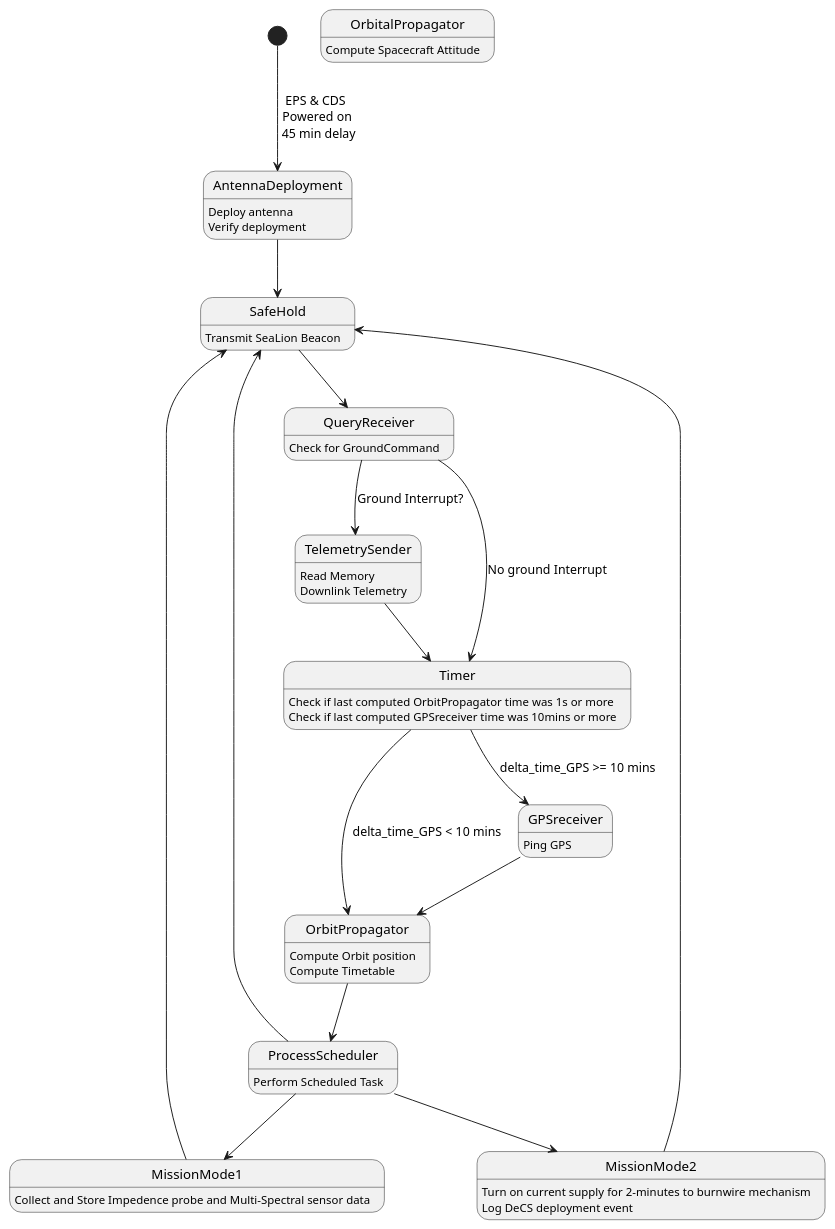
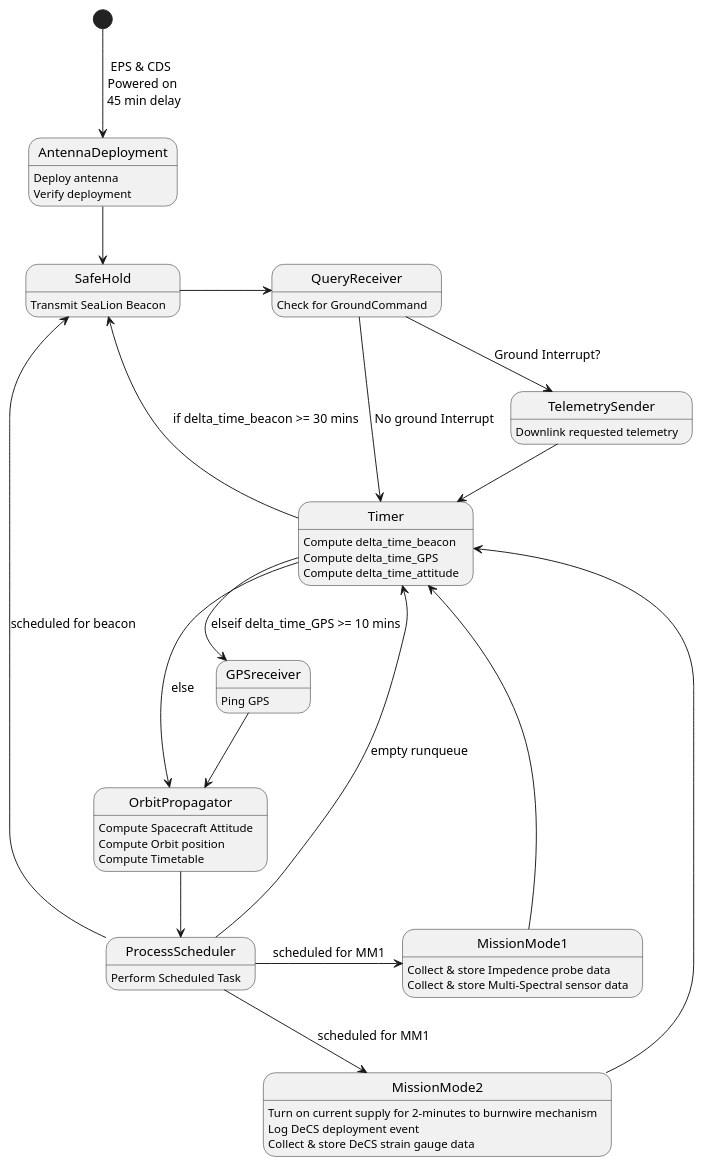
The diagram in fsw-architecture/operating-mode-as-fsm.puml (ODU-CGA-CubeSat/FSW), drawn with PlantUML before and after one commit.

Commit message:
update description & state changes
- redirect MM1 & MM2 to Timer
- update state description in Timer, MM1, MM2, & OrbitPropagator
- add redirect from ProcessSceduler to Timer for empty runqueue
- adjust arrow direction as to minimize edges from crossing

```diff
--- a/fsw-architecture/operating-mode-as-fsm.puml
+++ b/fsw-architecture/operating-mode-as-fsm.puml
@@ -1,45 +1,49 @@
 @startuml
 
 state AntennaDeployment
       AntennaDeployment : Deploy antenna
       AntennaDeployment : Verify deployment
 state SafeHold
       SafeHold : Transmit SeaLion Beacon
 state QueryReceiver
       QueryReceiver : Check for GroundCommand
 state TelemetrySender
-      TelemetrySender : Read Memory
-      TelemetrySender : Downlink Telemetry
+      TelemetrySender : Downlink requested telemetry
 state Timer
-      Timer : Check if last computed OrbitPropagator time was 1s or more
-      Timer : Check if last computed GPSreceiver time was 10mins or more
+      Timer : Compute delta_time_beacon
+      Timer : Compute delta_time_GPS
+      Timer : Compute delta_time_attitude
 state MissionMode1
-      MissionMode1 : Collect and Store Impedence probe and Multi-Spectral sensor data
+      MissionMode1 : Collect & store Impedence probe data
+      MissionMode1 : Collect & store Multi-Spectral sensor data
 state MissionMode2
       MissionMode2 : Turn on current supply for 2-minutes to burnwire mechanism
       MissionMode2 : Log DeCS deployment event
+      MissionMode2 : Collect & store DeCS strain gauge data
 state ProcessScheduler
       ProcessScheduler : Perform Scheduled Task
 state OrbitPropagator
-      OrbitalPropagator : Compute Spacecraft Attitude
+      OrbitPropagator : Compute Spacecraft Attitude
       OrbitPropagator : Compute Orbit position
       OrbitPropagator : Compute Timetable
 state GPSreceiver
       GPSreceiver : Ping GPS
 
 [*] --> AntennaDeployment : EPS & CDS \n Powered on \n 45 min delay
 AntennaDeployment --> SafeHold
-SafeHold --> QueryReceiver
+SafeHold -> QueryReceiver
 QueryReceiver --> TelemetrySender : Ground Interrupt?
-QueryReceiver --> Timer : No ground Interrupt
+QueryReceiver -> Timer : No ground Interrupt
 TelemetrySender --> Timer
-MissionMode1 --> SafeHold
-MissionMode2 --> SafeHold
-ProcessScheduler --> SafeHold
-ProcessScheduler --> MissionMode1
-ProcessScheduler --> MissionMode2
+MissionMode1 --> Timer
+MissionMode2 --> Timer
+GPSreceiver --> OrbitPropagator
 OrbitPropagator --> ProcessScheduler
-Timer  --> OrbitPropagator : delta_time_GPS < 10 mins
-Timer --> GPSreceiver : delta_time_GPS >= 10 mins
-GPSreceiver --> OrbitPropagator
+Timer --> SafeHold : if delta_time_beacon >= 30 mins
+Timer --> GPSreceiver : elseif delta_time_GPS >= 10 mins
+Timer --> OrbitPropagator : else
+ProcessScheduler --> SafeHold : scheduled for beacon
+ProcessScheduler -> MissionMode1 : scheduled for MM1
+ProcessScheduler --> MissionMode2 : scheduled for MM1
+ProcessScheduler --> Timer : empty runqueue
 @enduml
```
